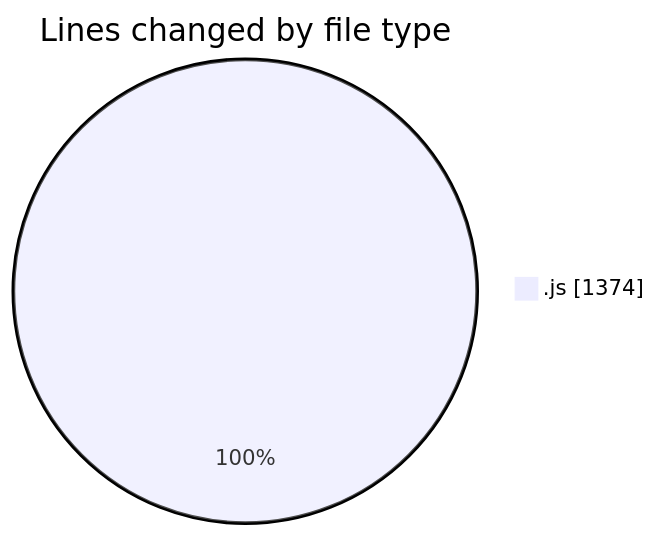
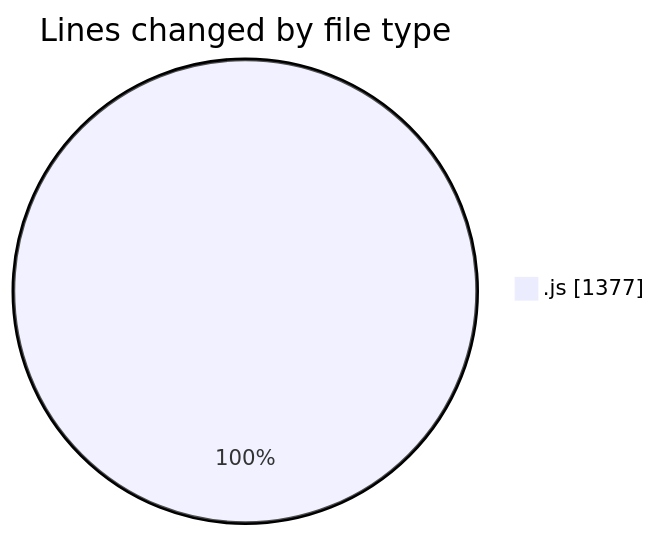
One commit to nxtqubesakshisongat/code-tracking changed the first of 2 diagrams in 2025-09-08/cashcalculator/README.md. Above: the diagram before and after it, drawn with Mermaid. The commit also changed other lines of this file and 1 other file, not shown here.

````diff
--- a/2025-09-08/cashcalculator/README.md
+++ b/2025-09-08/cashcalculator/README.md
@@ -20,5 +20,5 @@
 ```mermaid
 pie showData
 title Lines changed by file type
-".js" : 1374
+".js" : 1377
 ```
````
